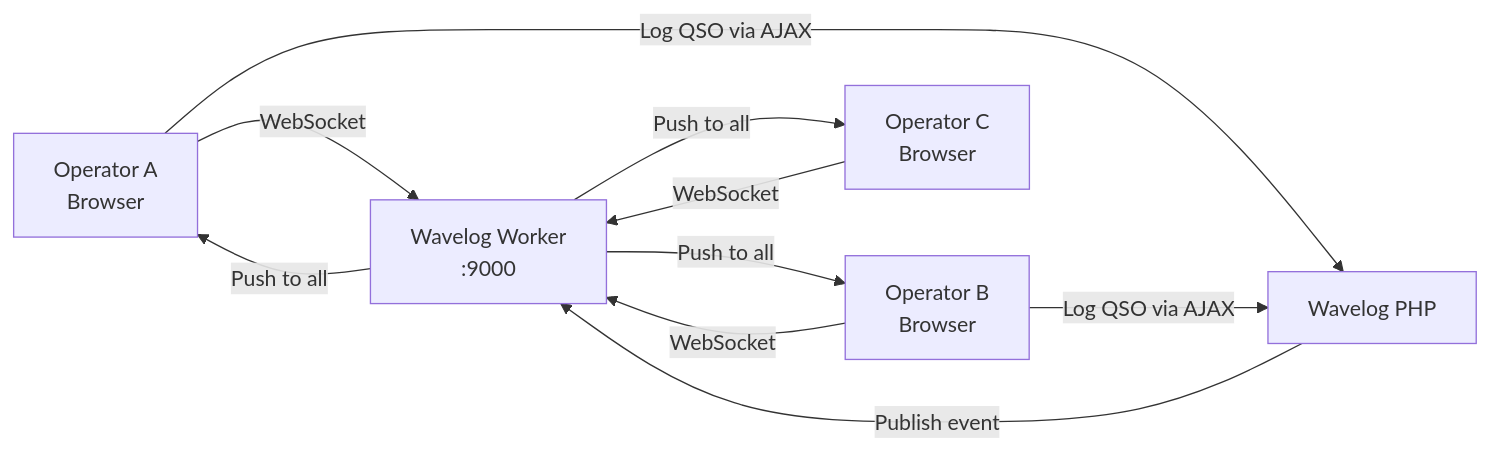
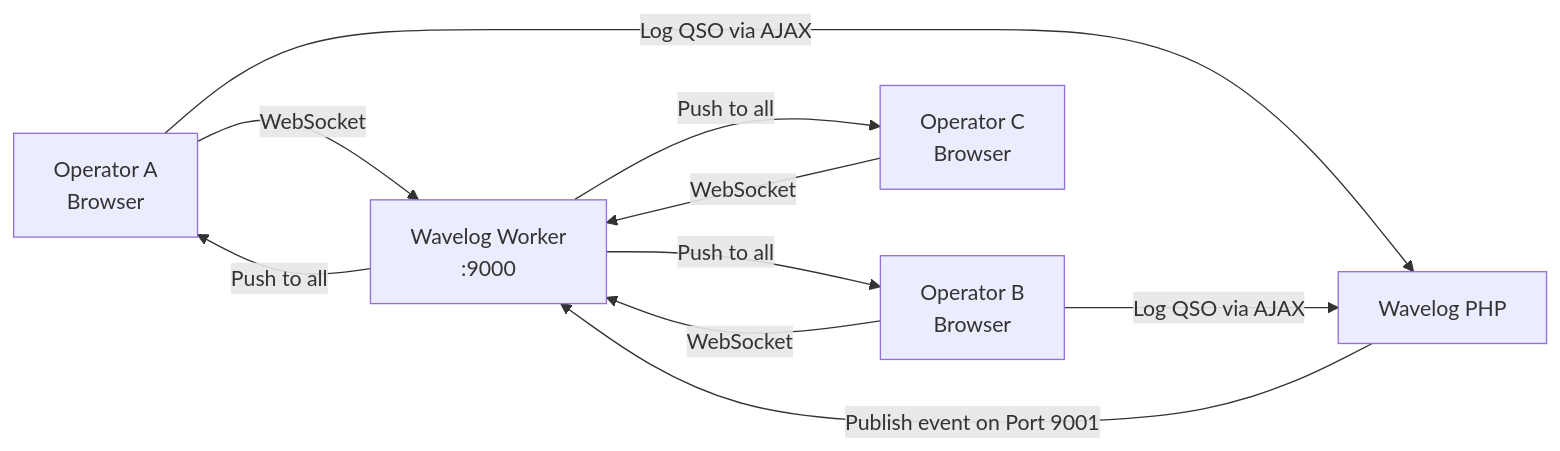
The first of 2 diagrams in docs/wavelog-worker/index.md (wavelog/wavelog_docs), drawn with Mermaid before and after one commit.

Commit message:
clarify publish port

````diff
--- a/docs/wavelog-worker/index.md
+++ b/docs/wavelog-worker/index.md
@@ -18,12 +18,12 @@
 ```mermaid
 graph LR
     A[Operator A<br/>Browser] -->|WebSocket| W[Wavelog Worker<br/>:9000]
     B[Operator B<br/>Browser] -->|WebSocket| W
     C[Operator C<br/>Browser] -->|WebSocket| W
-    P[Wavelog PHP] -->|Publish event| W
+    P[Wavelog PHP] -->|Publish event on Port 9001| W
     W -->|Push to all| A
     W -->|Push to all| B
     W -->|Push to all| C
     A -->|Log QSO via AJAX| P
     B -->|Log QSO via AJAX| P
 ```
````
